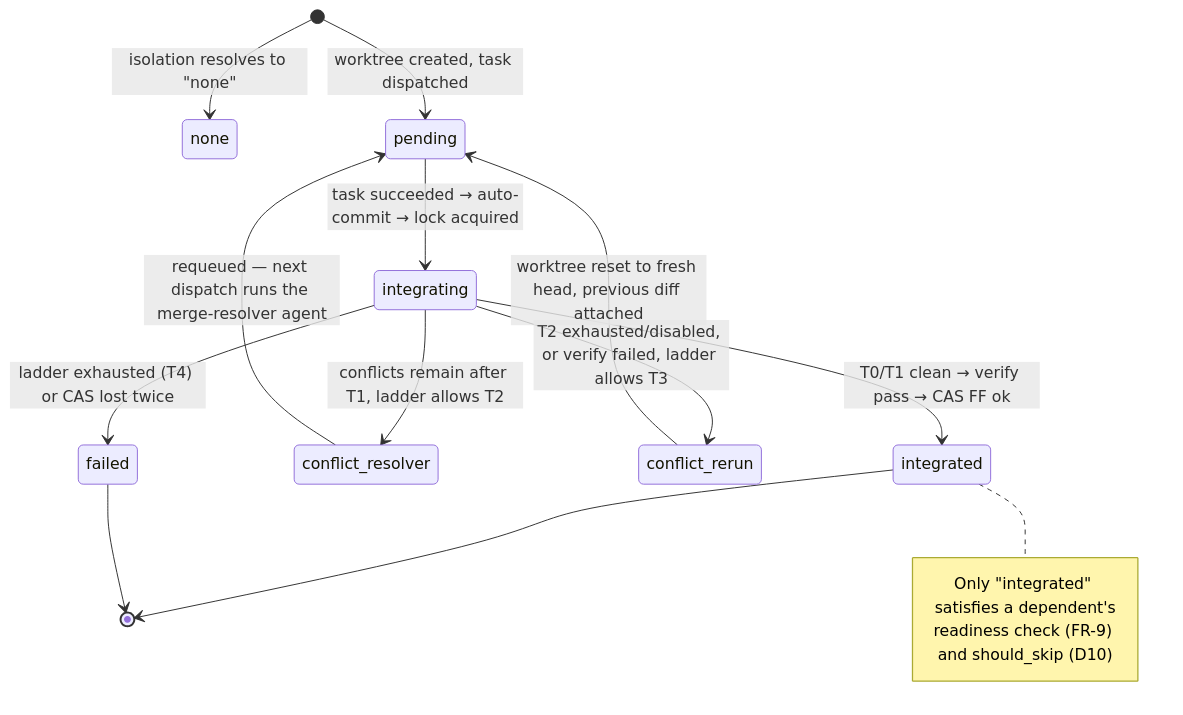
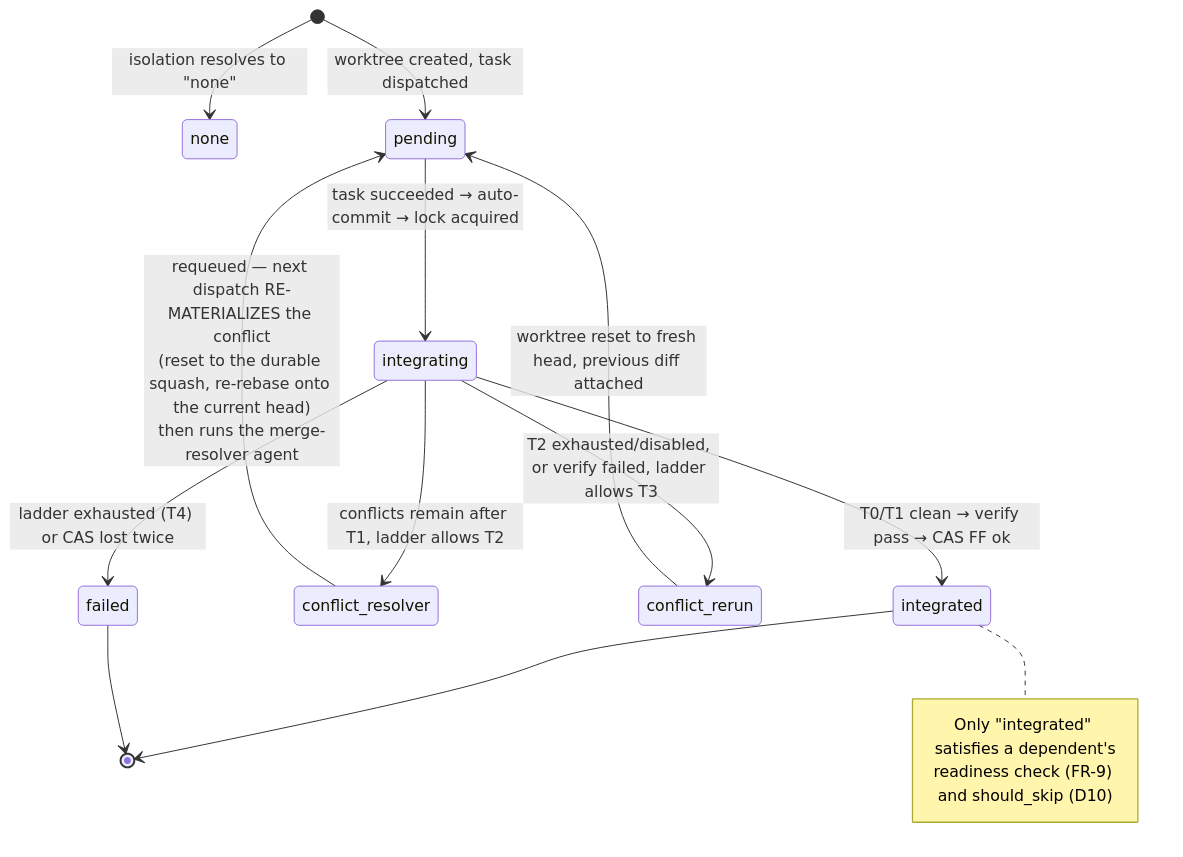
The third of 7 diagrams in docs-md/task-isolation-hld.md (avadhootdivekar/agent-orchestrator), drawn with Mermaid before and after one commit. The commit also changed other lines of this file and 58 other files, not shown here.

````diff
--- a/docs-md/task-isolation-hld.md
+++ b/docs-md/task-isolation-hld.md
@@ -297,18 +310,18 @@
 ```mermaid
 stateDiagram-v2
     [*] --> none: isolation resolves to "none"
     [*] --> pending: worktree created, task dispatched
     pending --> integrating: task succeeded → auto-commit → lock acquired
     integrating --> integrated: T0/T1 clean → verify pass → CAS FF ok
     integrating --> conflict_resolver: conflicts remain after T1, ladder allows T2
     integrating --> conflict_rerun: T2 exhausted/disabled, or verify failed, ladder allows T3
     integrating --> failed: ladder exhausted (T4) or CAS lost twice
-    conflict_resolver --> pending: requeued — next dispatch runs the merge-resolver agent
+    conflict_resolver --> pending: requeued — next dispatch RE-MATERIALIZES the conflict<br/>(reset to the durable squash, re-rebase onto the current head)<br/>then runs the merge-resolver agent
     conflict_rerun --> pending: worktree reset to fresh head, previous diff attached
     integrated --> [*]
     failed --> [*]
     note right of integrated
       Only "integrated" satisfies a dependent's
       readiness check (FR-9) and should_skip (D10)
     end note
 ```
````
